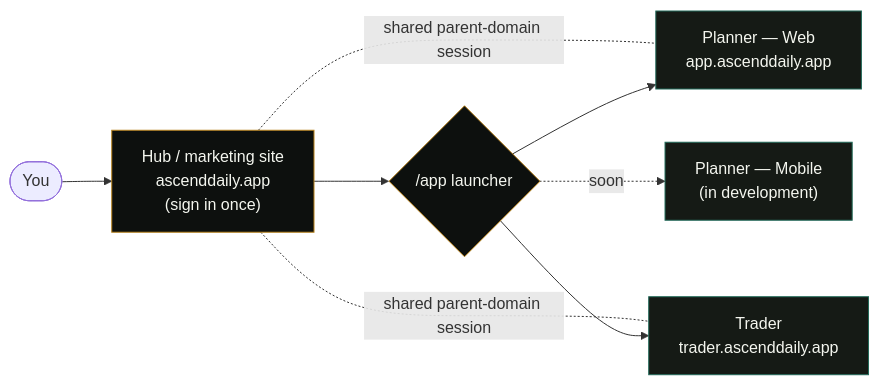
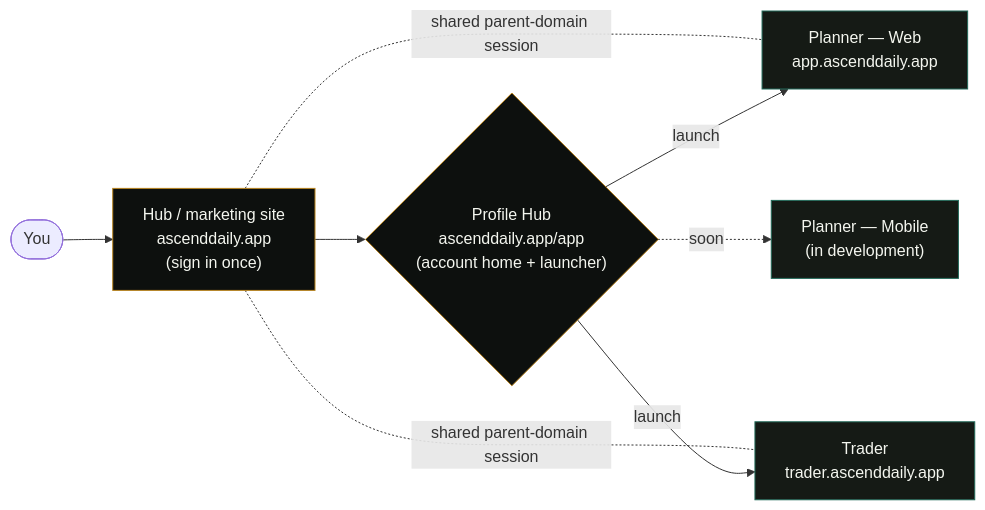
The second of 6 diagrams in docs/architecture.md (bjjlops/ASCEND-Showcase), drawn with Mermaid before and after one commit. The commit also changed other lines of this file and 13 other files, not shown here.

First line of the commit message:
docs: shift the showcase to per-solution billing, the Profile Hub, and AI gating

````diff
--- a/docs/architecture.md
+++ b/docs/architecture.md
@@ -68,22 +89,22 @@
 ```mermaid
 flowchart LR
   User(["You"])
   Hub["Hub / marketing site<br/>ascenddaily.app<br/>(sign in once)"]
-  Launcher{"/app launcher"}
+  Profile{"Profile Hub<br/>ascenddaily.app/app<br/>(account home + launcher)"}
   Web["Planner — Web<br/>app.ascenddaily.app"]
   Trader["Trader<br/>trader.ascenddaily.app"]
   Mobile["Planner — Mobile<br/>(in development)"]
 
-  User --> Hub --> Launcher
-  Launcher --> Web
-  Launcher --> Trader
-  Launcher -. "soon" .-> Mobile
+  User --> Hub --> Profile
+  Profile -- "launch" --> Web
+  Profile -- "launch" --> Trader
+  Profile -. "soon" .-> Mobile
 
   Hub -. "shared parent-domain session" .- Web
   Hub -. "shared parent-domain session" .- Trader
 
   classDef hub fill:#0d100e,stroke:#b9841f,color:#f4f6ef;
   classDef app fill:#151a15,stroke:#236b5a,color:#f4f6ef;
-  class Hub,Launcher hub;
+  class Hub,Profile hub;
   class Web,Trader,Mobile app;
 ```
````
